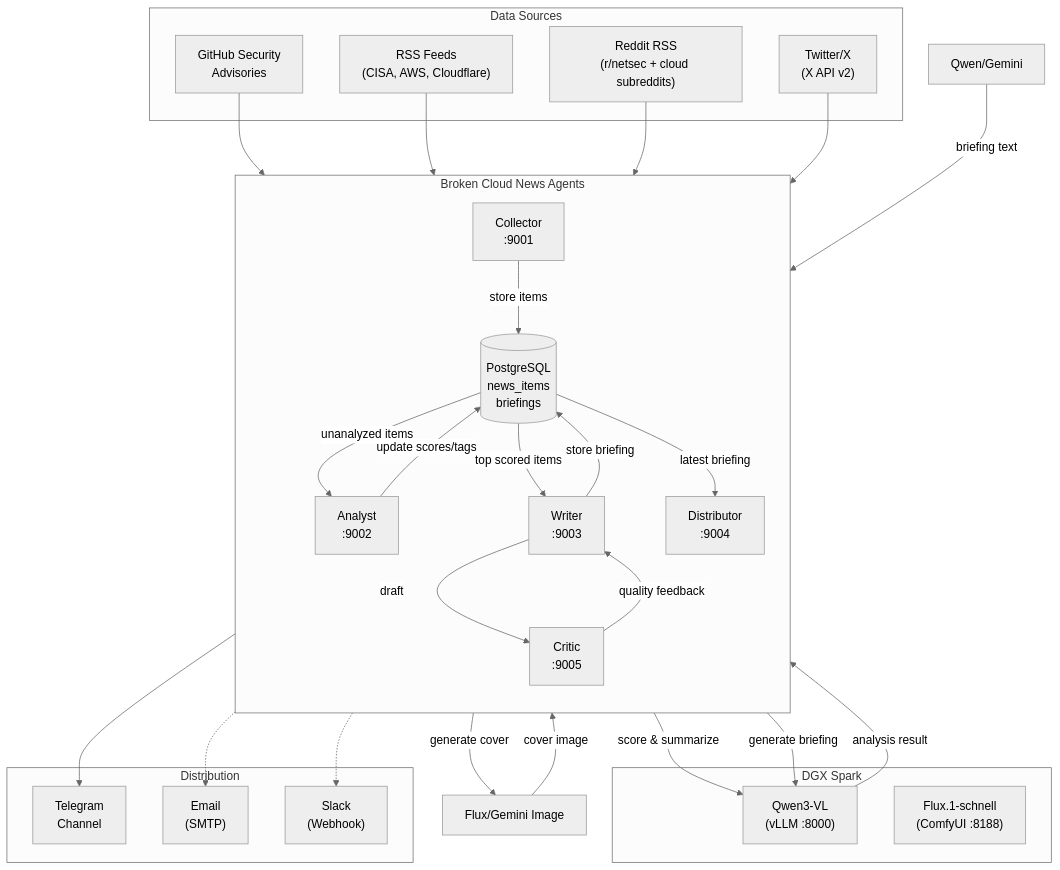
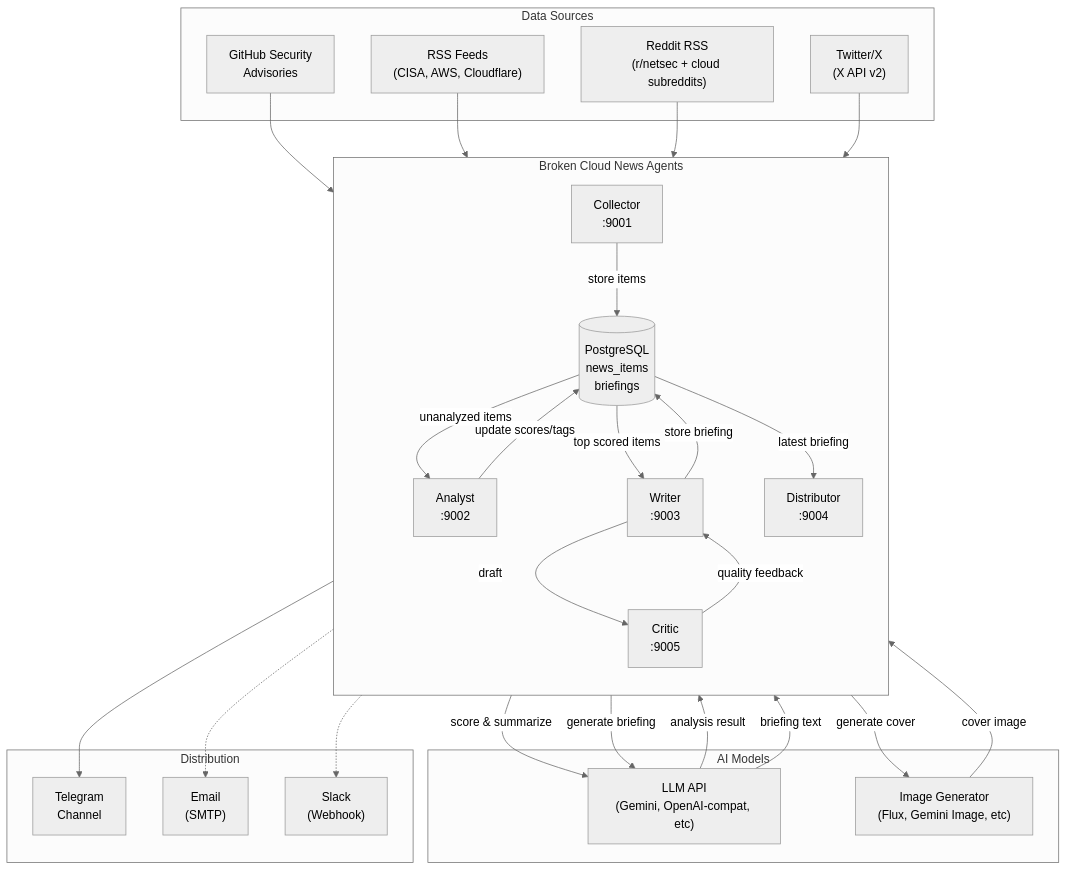
The diagram in README.md (andreyka/broken-cloud-news), drawn with Mermaid (neutral theme) before and after one commit.

````diff
--- a/README.md
+++ b/README.md
@@ -13,52 +13,52 @@
 ```mermaid
 flowchart TB
     subgraph Sources["Data Sources"]
         GHSA["GitHub Security\nAdvisories"]
         RSS["RSS Feeds\n(CISA, AWS, Cloudflare)"]
         Reddit["Reddit RSS\n(r/netsec + cloud subreddits)"]
         Twitter["Twitter/X\n(X API v2)"]
     end
 
     subgraph BCN["Broken Cloud News Agents"]
         direction TB
         Collector["Collector\n:9001"]
         DB[("PostgreSQL\nnews_items\nbriefings")]
         Analyst["Analyst\n:9002"]
         Writer["Writer\n:9003"]
         Critic["Critic\n:9005"]
         Distributor["Distributor\n:9004"]
     end
 
-    subgraph AI["DGX Spark"]
-        Qwen["Qwen3-VL\n(vLLM :8000)"]
-        Flux["Flux.1-schnell\n(ComfyUI :8188)"]
+    subgraph AI["AI Models"]
+        LLM["LLM API\n(Gemini, OpenAI-compat, etc)"]
+        ImageGen["Image Generator\n(Flux, Gemini Image, etc)"]
     end
 
     subgraph Channels["Distribution"]
         TG["Telegram\nChannel"]
         Email["Email\n(SMTP)"]
         Slack["Slack\n(Webhook)"]
     end
 
     GHSA --> Collector
     RSS --> Collector
     Reddit --> Collector
     Twitter --> Collector
     Collector -- "store items" --> DB
     DB -- "unanalyzed items" --> Analyst
-    Analyst -- "score & summarize" --> Qwen
-    Qwen -- "analysis result" --> Analyst
+    Analyst -- "score & summarize" --> LLM
+    LLM -- "analysis result" --> Analyst
     Analyst -- "update scores/tags" --> DB
     DB -- "top scored items" --> Writer
-    Writer -- "generate briefing" --> Qwen
+    Writer -- "generate briefing" --> LLM
     Writer -- "draft" --> Critic
     Critic -- "quality feedback" --> Writer
-    Writer -- "generate cover" --> FluxGemini["Flux/Gemini Image"]
-    QwenGemini["Qwen/Gemini"] -- "briefing text" --> Writer
-    FluxGemini["Flux/Gemini Image"] -- "cover image" --> Writer
+    Writer -- "generate cover" --> ImageGen
+    LLM -- "briefing text" --> Writer
+    ImageGen -- "cover image" --> Writer
     Writer -- "store briefing" --> DB
     DB -- "latest briefing" --> Distributor
     Distributor --> TG
     Distributor -.-> Email
     Distributor -.-> Slack
 ```
````
